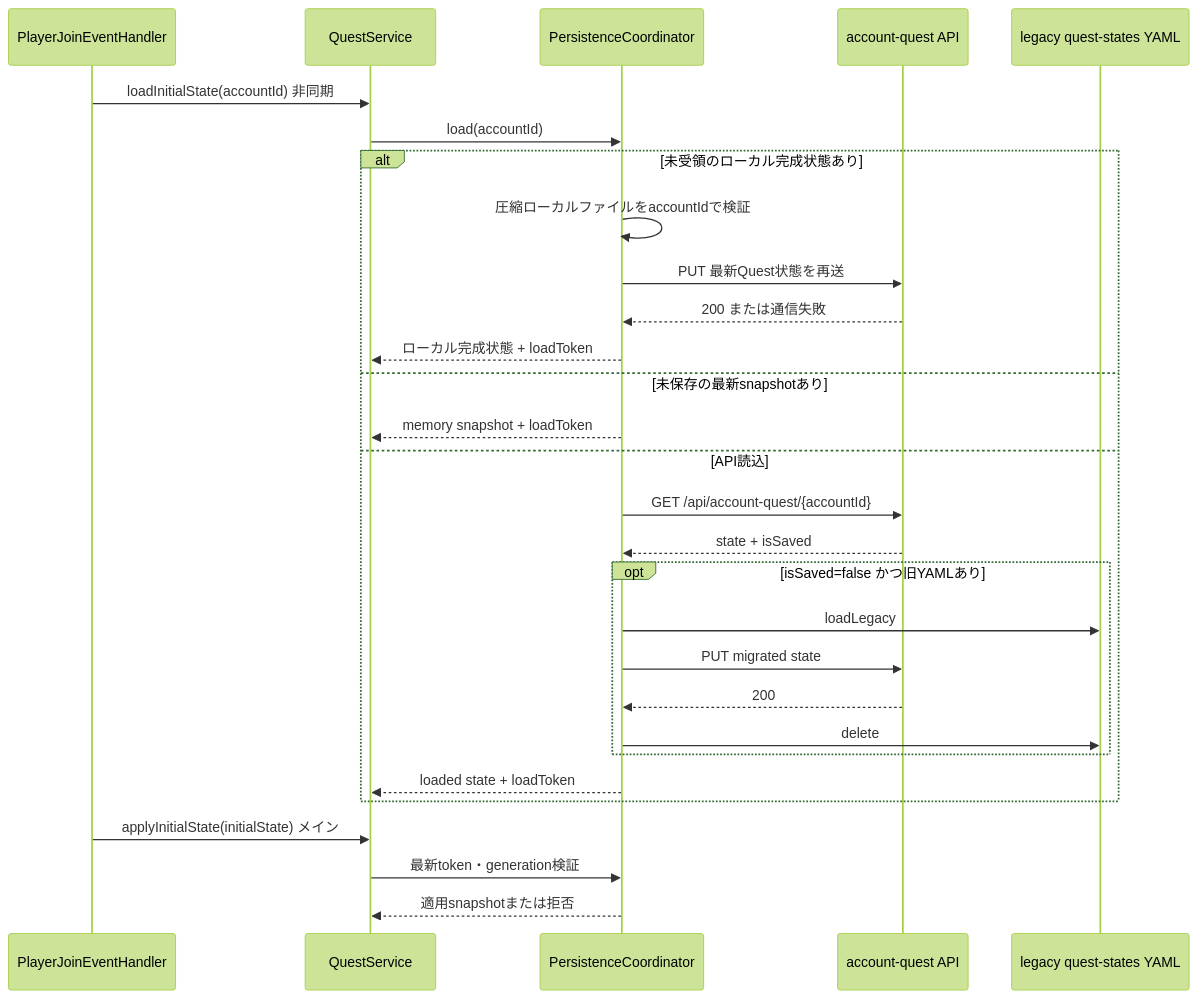
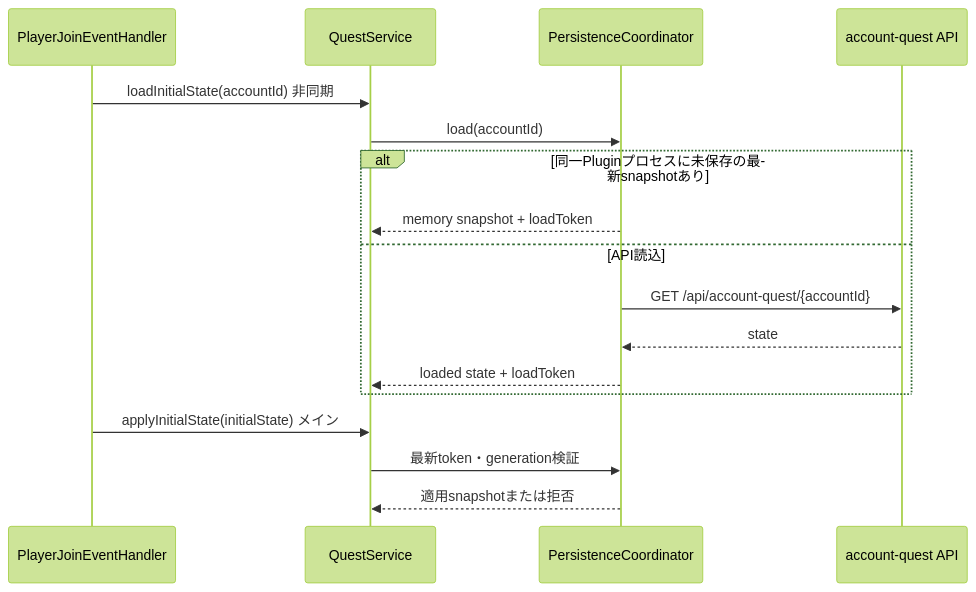
One commit to maaasu/AstralRecord-Workspace changed the first of 5 diagrams in 00_docs/10_Plugin設計書/feature/29-quest/29_4-統合フロー.md. Above: the diagram before and after it, drawn with Mermaid (forest theme). The commit also changed other lines of this file and 213 other files, not shown here.

````diff
--- a/00_docs/10_Plugin設計書/feature/29-quest/29_4-統合フロー.md
+++ b/00_docs/10_Plugin設計書/feature/29-quest/29_4-統合フロー.md
@@ -7,32 +7,20 @@
 ```mermaid
 sequenceDiagram
     participant Join as PlayerJoinEventHandler
     participant Quest as QuestService
     participant Coord as PersistenceCoordinator
     participant API as account-quest API
-    participant YAML as legacy quest-states YAML
 
     Join->>Quest: loadInitialState(accountId) 非同期
     Quest->>Coord: load(accountId)
-    alt 未受領のローカル完成状態あり
-        Coord->>Coord: 圧縮ローカルファイルをaccountIdで検証
-        Coord->>API: PUT 最新Quest状態を再送
-        API-->>Coord: 200 または通信失敗
-        Coord-->>Quest: ローカル完成状態 + loadToken
-    else 未保存の最新snapshotあり
+    alt 同一Pluginプロセスに未保存の最新snapshotあり
         Coord-->>Quest: memory snapshot + loadToken
     else API読込
         Coord->>API: GET /api/account-quest/{accountId}
-        API-->>Coord: state + isSaved
-        opt isSaved=false かつ旧YAMLあり
-            Coord->>YAML: loadLegacy
-            Coord->>API: PUT migrated state
-            API-->>Coord: 200
-            Coord->>YAML: delete
-        end
+        API-->>Coord: state
         Coord-->>Quest: loaded state + loadToken
     end
     Join->>Quest: applyInitialState(initialState) メイン
     Quest->>Coord: 最新token・generation検証
     Coord-->>Quest: 適用snapshotまたは拒否
 ```
````
